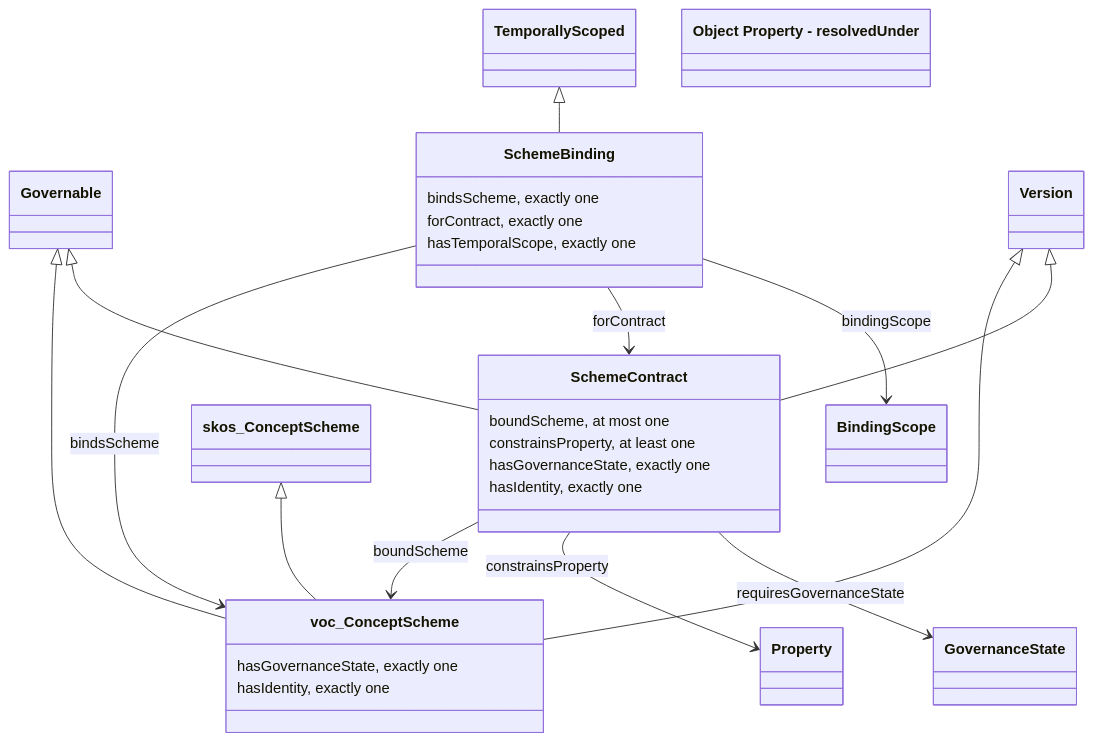
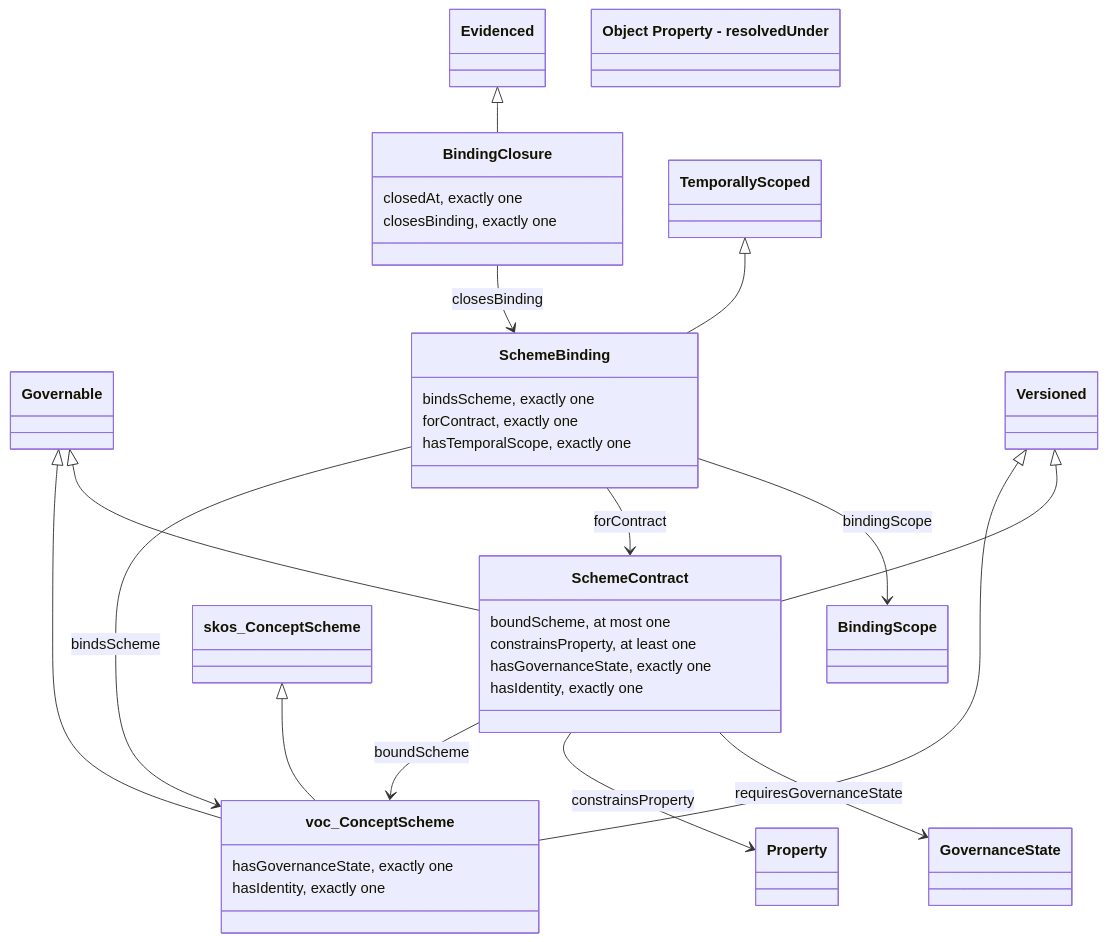
Before and after one commit to nebularis/lattice: the diagram in ontology/vocabulary/README.md, drawn with Mermaid. The commit also changed other lines of this file and 334 other files, not shown here.

````diff
--- a/ontology/vocabulary/README.md
+++ b/ontology/vocabulary/README.md
@@ -76,38 +76,45 @@
 ```mermaid
 classDiagram
+    class BindingClosure {
+        closedAt, exactly one
+        closesBinding, exactly one
+    }
     class BindingScope
+    class Evidenced
     class Governable
     class GovernanceState
     class Property
     class SchemeBinding {
         bindsScheme, exactly one
         forContract, exactly one
         hasTemporalScope, exactly one
     }
     class SchemeContract {
         boundScheme, at most one
         constrainsProperty, at least one
         hasGovernanceState, exactly one
         hasIdentity, exactly one
     }
     class TemporallyScoped
-    class Version
+    class Versioned
     class skos_ConceptScheme
     class voc_ConceptScheme {
         hasGovernanceState, exactly one
         hasIdentity, exactly one
     }
+    BindingClosure --> SchemeBinding : closesBinding
+    Evidenced <|-- BindingClosure
     Governable <|-- SchemeContract
     Governable <|-- voc_ConceptScheme
     SchemeBinding --> BindingScope : bindingScope
     SchemeBinding --> SchemeContract : forContract
     SchemeBinding --> voc_ConceptScheme : bindsScheme
     SchemeContract --> GovernanceState : requiresGovernanceState
     SchemeContract --> Property : constrainsProperty
     SchemeContract --> voc_ConceptScheme : boundScheme
     TemporallyScoped <|-- SchemeBinding
-    Version <|-- SchemeContract
-    Version <|-- voc_ConceptScheme
+    Versioned <|-- SchemeContract
+    Versioned <|-- voc_ConceptScheme
     skos_ConceptScheme <|-- voc_ConceptScheme
     class ObjectProperty_resolvedUnder["Object Property - resolvedUnder"]
 ```
````
